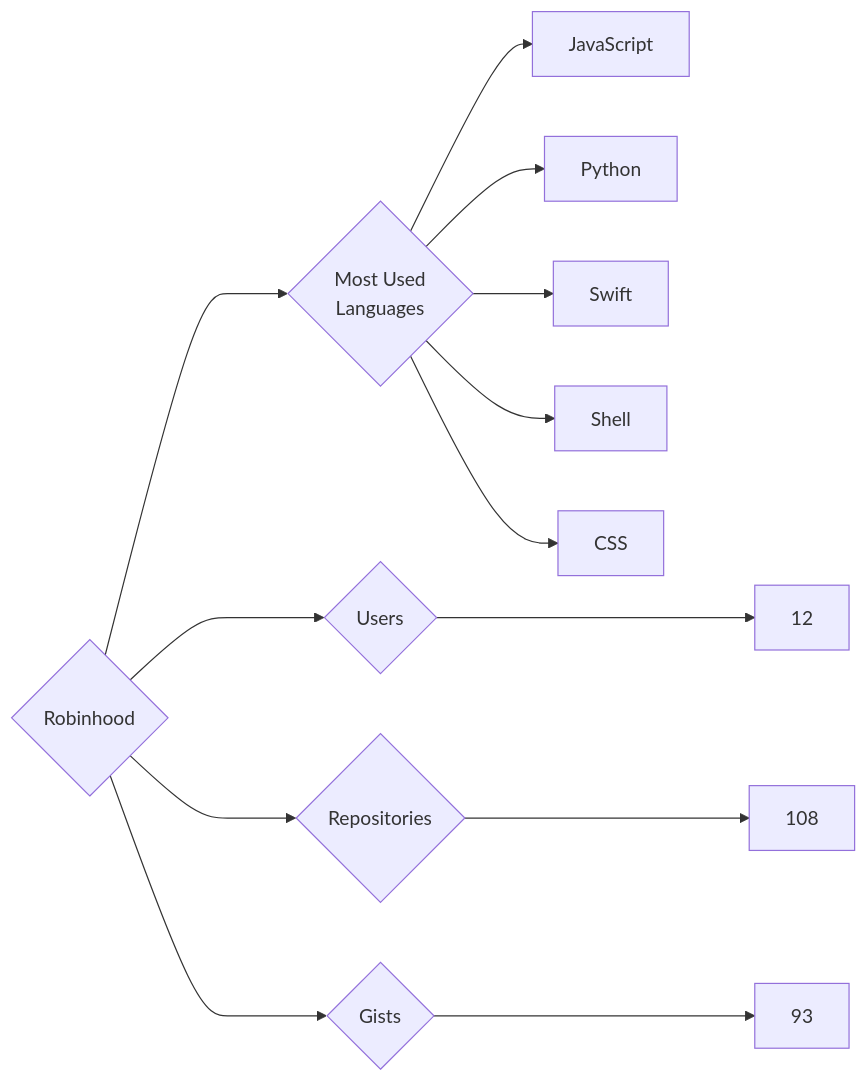
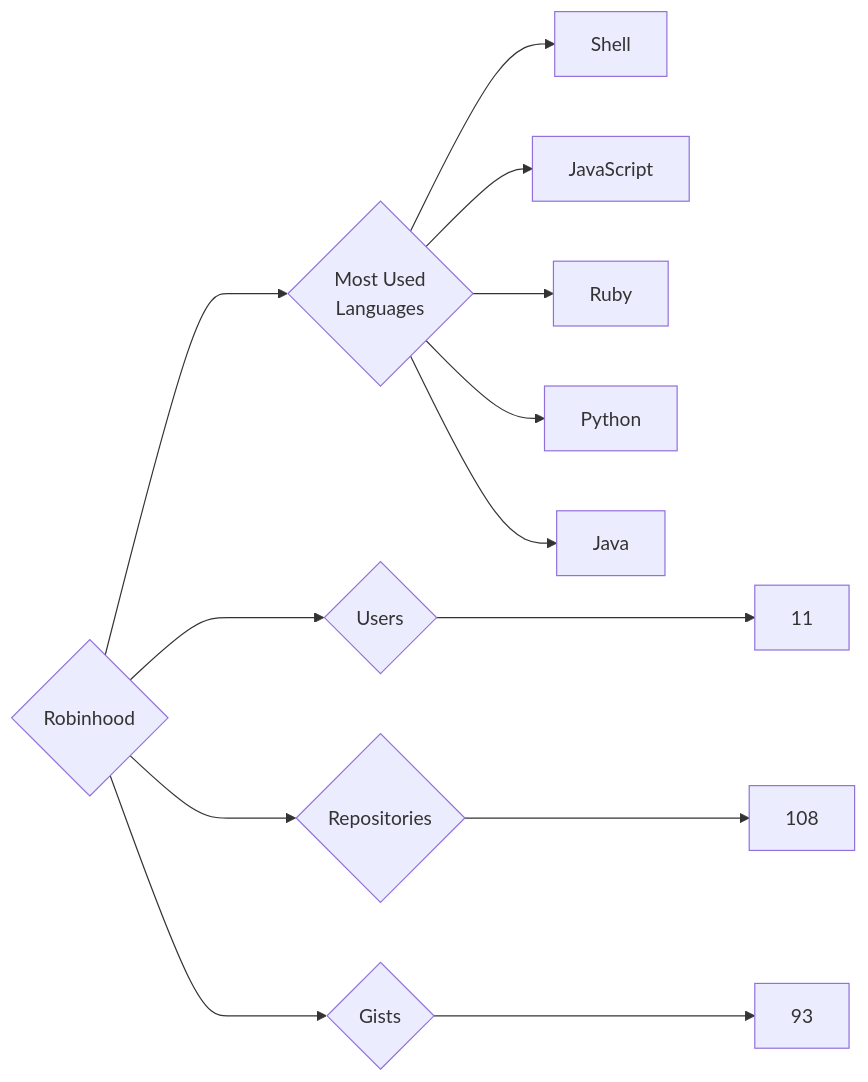
Before and after one commit to trickest/insiders: the diagram in targets/Robinhood/README.md, drawn with Mermaid. The commit also changed 1248 other files, not shown here.

````diff
--- a/targets/Robinhood/README.md
+++ b/targets/Robinhood/README.md
@@ -3,13 +3,13 @@
 ```mermaid
 graph LR
 COMPANY_NAME{Robinhood}
-COMPANY_NAME ---> U{Users} ---> UN[12]
+COMPANY_NAME ---> U{Users} ---> UN[11]
 COMPANY_NAME ---> R{Repositories} ---> RN[108]
 COMPANY_NAME ---> G{Gists} ---> GN[93]
 COMPANY_NAME ---> ML{Most Used<br>Languages}
+ML --> Shell[Shell]
 ML --> JavaScript[JavaScript]
+ML --> Ruby[Ruby]
 ML --> Python[Python]
-ML --> Swift[Swift]
-ML --> Shell[Shell]
-ML --> CSS[CSS]
+ML --> Java[Java]
 ```
````
